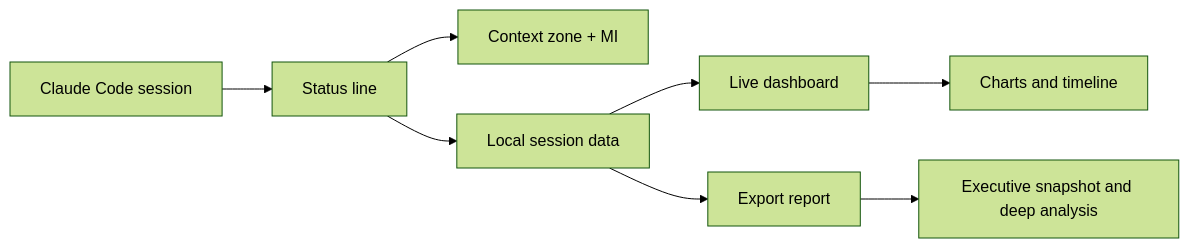
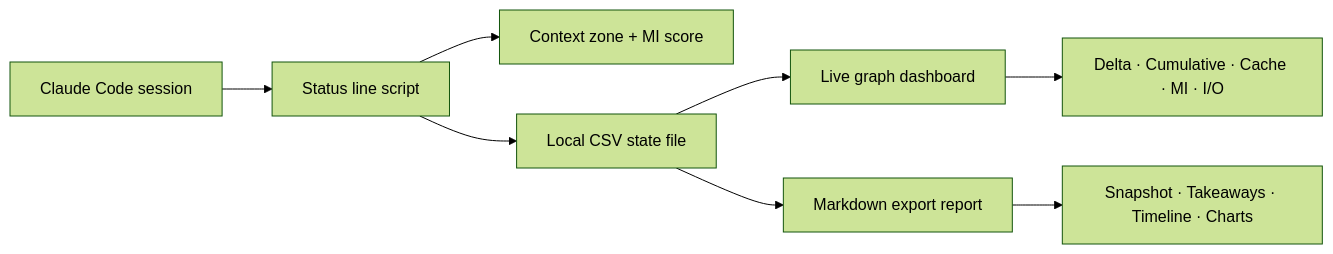
Before and after one commit to luongnv89/context-stats: the diagram in README.md, drawn with Mermaid (forest theme). The commit also changed other lines of this file and 1 other file, not shown here.

````diff
--- a/README.md
+++ b/README.md
@@ -63,10 +22,10 @@
 ```mermaid
 graph LR
-    A["Claude Code session"] --> B["Status line"]
-    B --> C["Context zone + MI"]
-    B --> D["Local session data"]
-    D --> E["Live dashboard"]
-    D --> F["Export report"]
-    E --> G["Charts and timeline"]
-    F --> H["Executive snapshot and deep analysis"]
+    A["Claude Code session"] --> B["Status line script"]
+    B --> C["Context zone + MI score"]
+    B --> D["Local CSV state file"]
+    D --> E["Live graph dashboard"]
+    D --> F["Markdown export report"]
+    E --> G["Delta · Cumulative · Cache · MI · I/O"]
+    F --> H["Snapshot · Takeaways · Timeline · Charts"]
 ```
````
